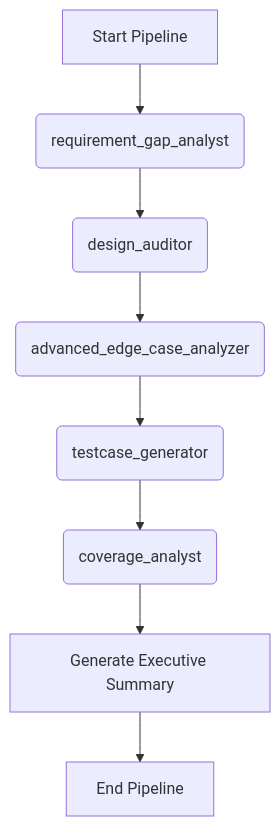
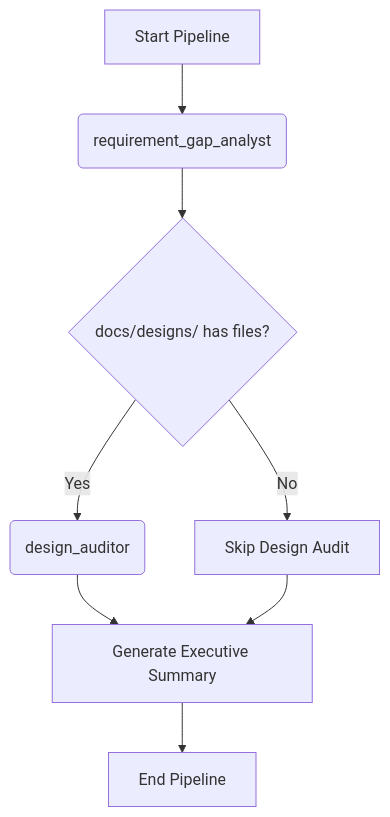
The diagram in workflows/01_Requirement_Review_Workflow.md (naulmai/qa-auto-kit), drawn with Mermaid before and after one commit. The commit also changed other lines of this file and 22 other files, not shown here.

Commit message:
feat(qa): improve framework architecture v3.0.0 with dynamic naming, CSV export automation, and rules optimization

````diff
--- a/workflows/01_Requirement_Review_Workflow.md
+++ b/workflows/01_Requirement_Review_Workflow.md
@@ -12,10 +12,10 @@
 ```mermaid
 graph TD
     A[Start Pipeline] --> B(requirement_gap_analyst)
-    B --> C(design_auditor)
-    C --> D(advanced_edge_case_analyzer)
-    D --> E(testcase_generator)
-    E --> F(coverage_analyst)
-    F --> G[Generate Executive Summary]
-    G --> H[End Pipeline]
+    B --> C{docs/designs/ has files?}
+    C -->|Yes| D(design_auditor)
+    C -->|No| E[Skip Design Audit]
+    D --> F[Generate Executive Summary]
+    E --> F
+    F --> G[End Pipeline]
 ```
````
